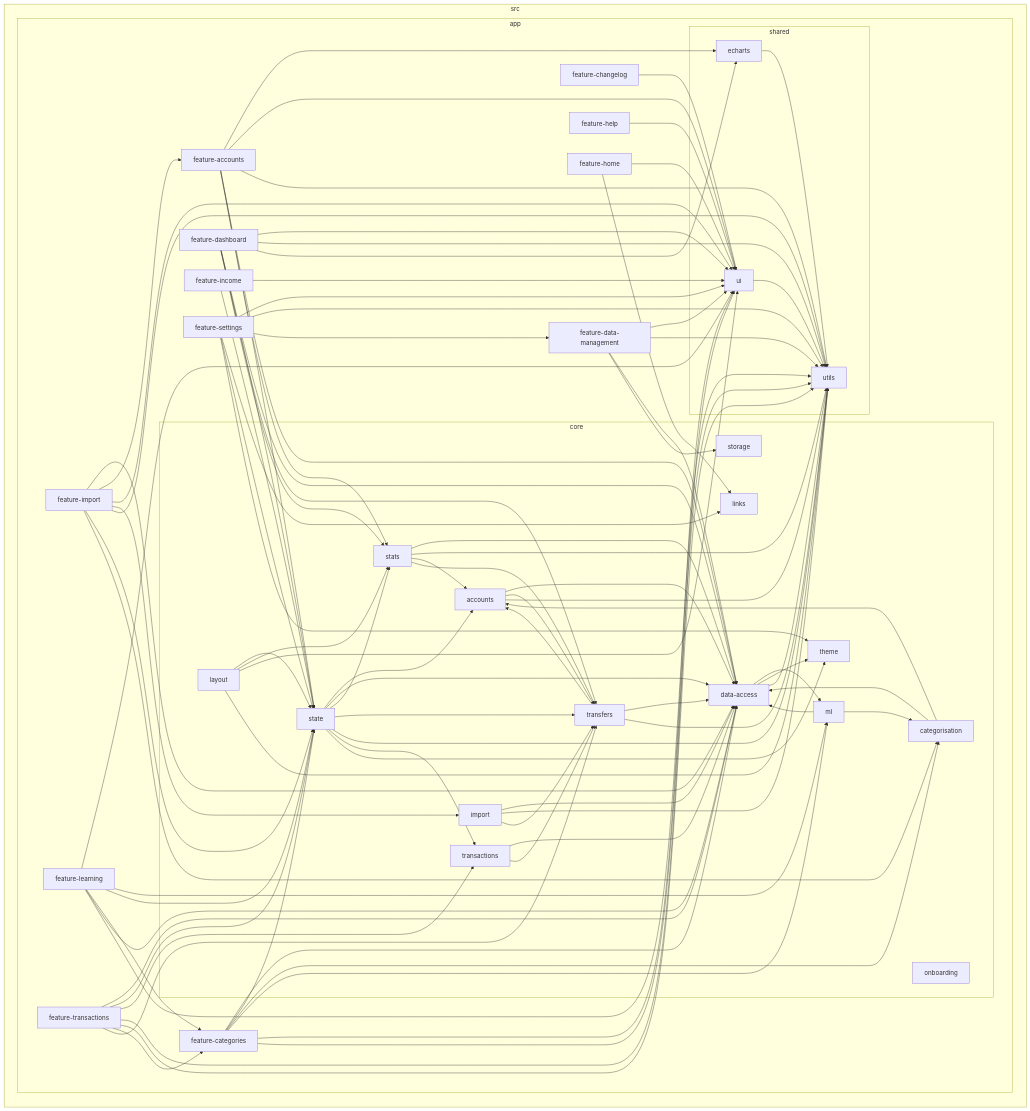
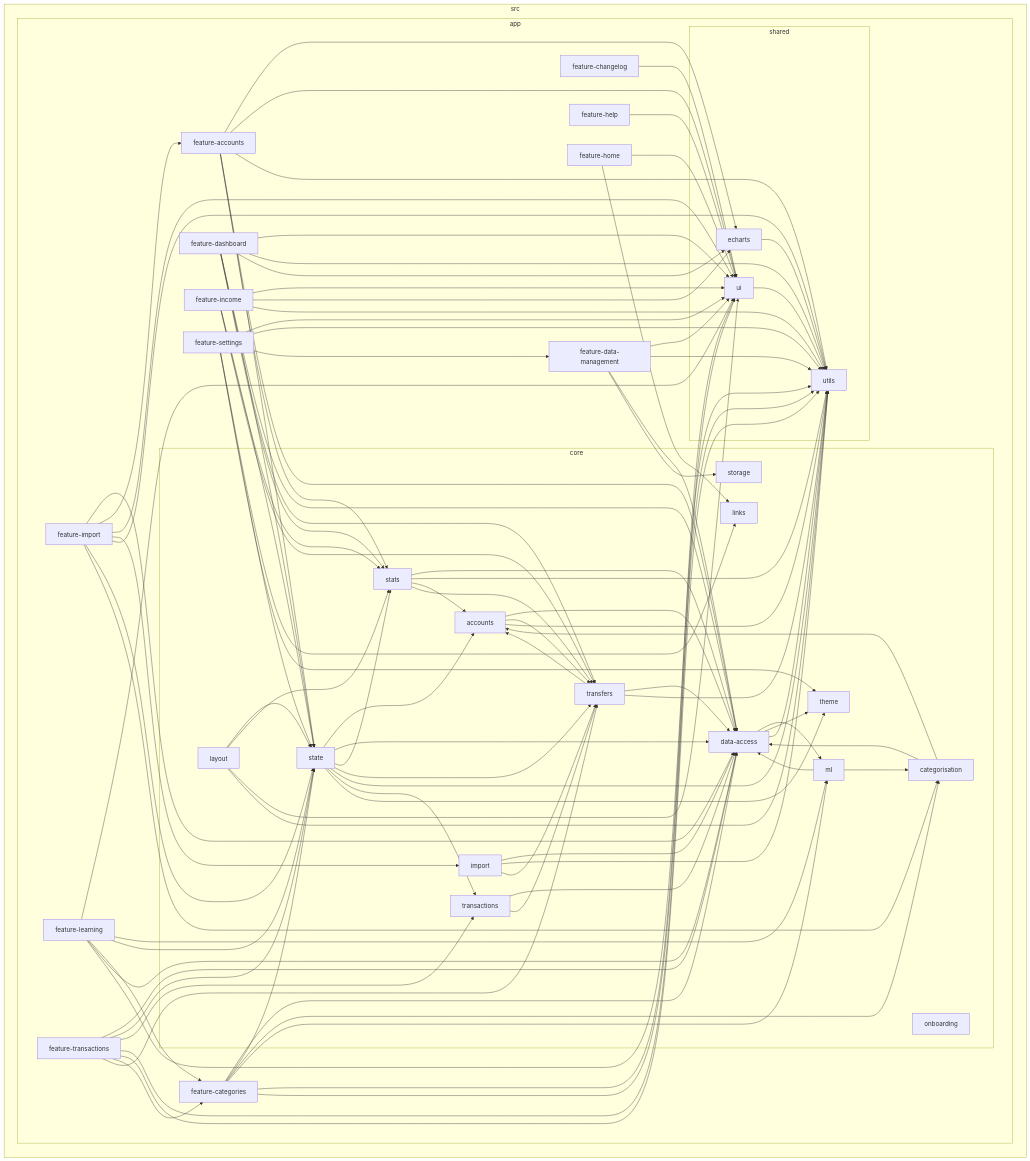
One commit to kevhauma/money-mosaic-v2 changed the diagram in reports/dependency-graph.mmd. Above: the diagram before and after it, drawn with Mermaid. The commit also changed 32 other files, not shown here.

```diff
--- a/reports/dependency-graph.mmd
+++ b/reports/dependency-graph.mmd
@@ -1,129 +1,133 @@
 flowchart LR
 
 subgraph 0["src"]
 subgraph 1["app"]
 subgraph 2["core"]
 3["accounts"]
 4["categorisation"]
 5["data-access"]
 6["import"]
 7["layout"]
 8["links"]
 9["ml"]
 A["onboarding"]
 B["state"]
 C["stats"]
 D["storage"]
 E["theme"]
 F["transactions"]
 G["transfers"]
 end
 H["feature-accounts"]
 I["feature-categories"]
 J["feature-changelog"]
 K["feature-dashboard"]
 L["feature-data-management"]
 M["feature-help"]
 N["feature-home"]
 O["feature-import"]
 P["feature-income"]
 Q["feature-learning"]
 R["feature-settings"]
 S["feature-transactions"]
 subgraph T["shared"]
 U["echarts"]
 V["ui"]
 W["utils"]
 end
 end
 end
 3-->5
 3-->G
 3-->W
 4-->5
 4-->3
 5-->9
 5-->E
 5-->W
 6-->5
 6-->W
 6-->G
 7-->B
 7-->C
 7-->V
 7-->W
 9-->4
 9-->5
 B-->3
 B-->5
 B-->C
 B-->G
 B-->W
 B-->F
 B-->E
 C-->5
 C-->W
 C-->3
 C-->G
 F-->5
 F-->G
 G-->5
 G-->3
 G-->W
 H-->5
 H-->U
 H-->B
 H-->V
 H-->W
 H-->C
 I-->5
 I-->B
 I-->V
 I-->W
 I-->4
 I-->9
 J-->V
 K-->5
 K-->B
 K-->V
 K-->W
 K-->G
 K-->C
 K-->U
 L-->5
 L-->D
 L-->V
 L-->W
 M-->V
 N-->8
 N-->V
 O-->5
 O-->H
 O-->V
 O-->6
 O-->W
 O-->B
 O-->4
 P-->V
 P-->B
+P-->C
+P-->G
+P-->U
+P-->W
 Q-->V
 Q-->9
 Q-->B
 Q-->I
 Q-->5
 Q-->W
 R-->V
 R-->8
 R-->B
 R-->W
 R-->L
 R-->E
 S-->5
 S-->B
 S-->F
 S-->V
 S-->W
 S-->I
 S-->G
 U-->W
 V-->W
```
